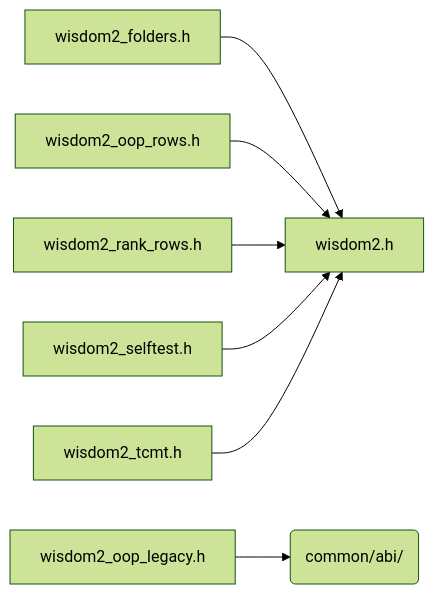
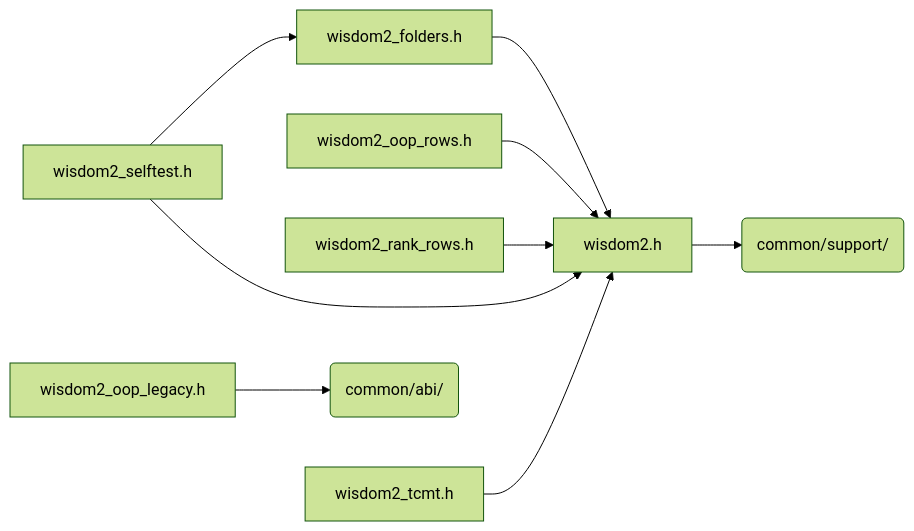
One commit to Tugbars/VectorFFT changed the diagram in docs/architecture/generated/folders/common__wisdom.md. Above: the diagram before and after it, drawn with Mermaid (forest theme). The commit also changed 23 other files, not shown here.

````diff
--- a/docs/architecture/generated/folders/common__wisdom.md
+++ b/docs/architecture/generated/folders/common__wisdom.md
@@ -16,17 +16,20 @@
 ```mermaid
 flowchart LR
     n_common_wisdom_wisdom2_h["wisdom2.h"]
     n_common_wisdom_wisdom2_folders_h["wisdom2_folders.h"]
     n_common_wisdom_wisdom2_oop_legacy_h["wisdom2_oop_legacy.h"]
     n_common_wisdom_wisdom2_oop_rows_h["wisdom2_oop_rows.h"]
     n_common_wisdom_wisdom2_rank_rows_h["wisdom2_rank_rows.h"]
     n_common_wisdom_wisdom2_selftest_h["wisdom2_selftest.h"]
     n_common_wisdom_wisdom2_tcmt_h["wisdom2_tcmt.h"]
     n_dir_common_abi("common/abi/")
+    n_dir_common_support("common/support/")
     n_common_wisdom_wisdom2_folders_h --> n_common_wisdom_wisdom2_h
+    n_common_wisdom_wisdom2_h --> n_dir_common_support
     n_common_wisdom_wisdom2_oop_legacy_h --> n_dir_common_abi
     n_common_wisdom_wisdom2_oop_rows_h --> n_common_wisdom_wisdom2_h
     n_common_wisdom_wisdom2_rank_rows_h --> n_common_wisdom_wisdom2_h
+    n_common_wisdom_wisdom2_selftest_h --> n_common_wisdom_wisdom2_folders_h
     n_common_wisdom_wisdom2_selftest_h --> n_common_wisdom_wisdom2_h
     n_common_wisdom_wisdom2_tcmt_h --> n_common_wisdom_wisdom2_h
 ```
````
